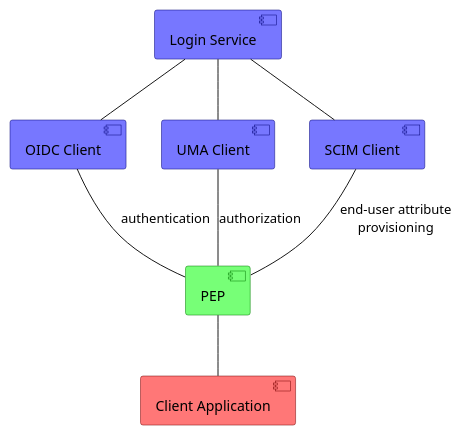
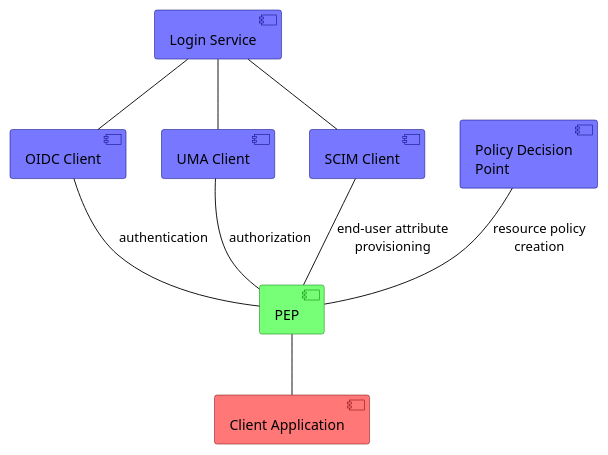
The diagram in docs/03.user-management/include/pep-context.wsd (EOEPCA/master-system-icd), drawn with PlantUML before and after one commit. The commit also changed 2 other files, not shown here.

Commit message:
EOEPCA-178 ICD update for PEP policies

```diff
--- a/docs/03.user-management/include/pep-context.wsd
+++ b/docs/03.user-management/include/pep-context.wsd
@@ -1,45 +1,47 @@
 @startuml "PEP Context"
 
 hide stereotype
 
 /'------------------------------------------------------------------------------
   Components
 ------------------------------------------------------------------------------'/
 [PEP] as PEP <<pep>>
 ["OIDC Client"] as "OIDC Client" <<provider>>
 ["UMA Client"] as "UMA Client" <<provider>>
 ["SCIM Client"] as "SCIM Client" <<provider>>
+["Policy Decision Point"] as "Policy Decision\nPoint" <<provider>>
 ["Client Application"] as "Client Application" <<consumer>>
 ["Login Service"] as "Login Service" <<provider>>
 
 /'------------------------------------------------------------------------------
   Top row
 ------------------------------------------------------------------------------'/
 ["OIDC Client"] -- [PEP]: authentication
 ["UMA Client"] -- [PEP]: authorization
 ["SCIM Client"] -- [PEP]: end-user attribute\nprovisioning
+["Policy Decision Point"] -- [PEP]: resource policy\ncreation
 ["Login Service"] -- ["OIDC Client"]
 ["Login Service"] -- ["UMA Client"]
 ["Login Service"] -- ["SCIM Client"]
 
 /'------------------------------------------------------------------------------
   Bottom row
 ------------------------------------------------------------------------------'/
 [PEP] -- ["Client Application"]
 
 skinparam component<<pep>> {
     BackgroundColor #77ff77
     BorderColor #007700
 }
 
 skinparam component<<consumer>> {
     BackgroundColor #ff7777
     BorderColor #770000
 }
 
 skinparam component<<provider>> {
     BackgroundColor #7777ff
     BorderColor #000077
 }
 
 @enduml
```
